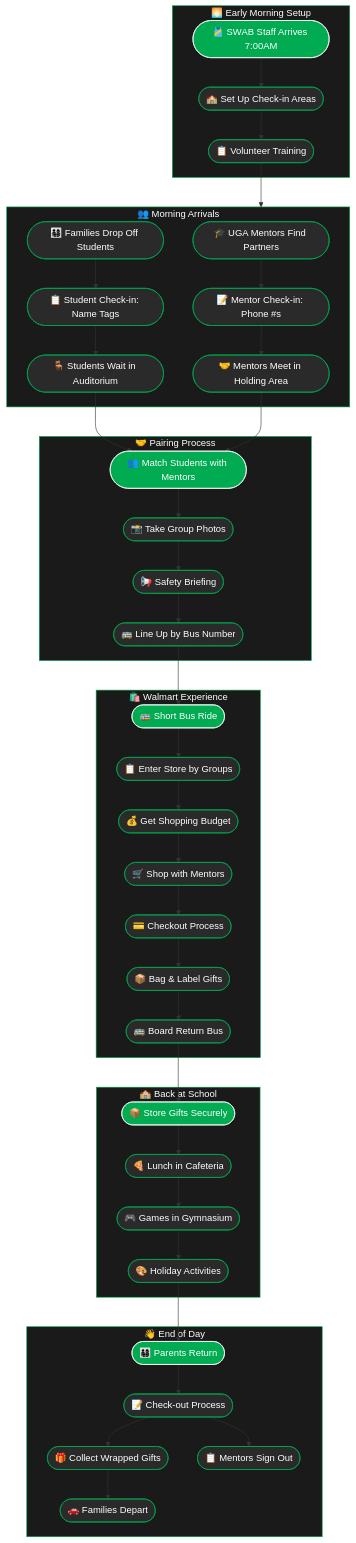
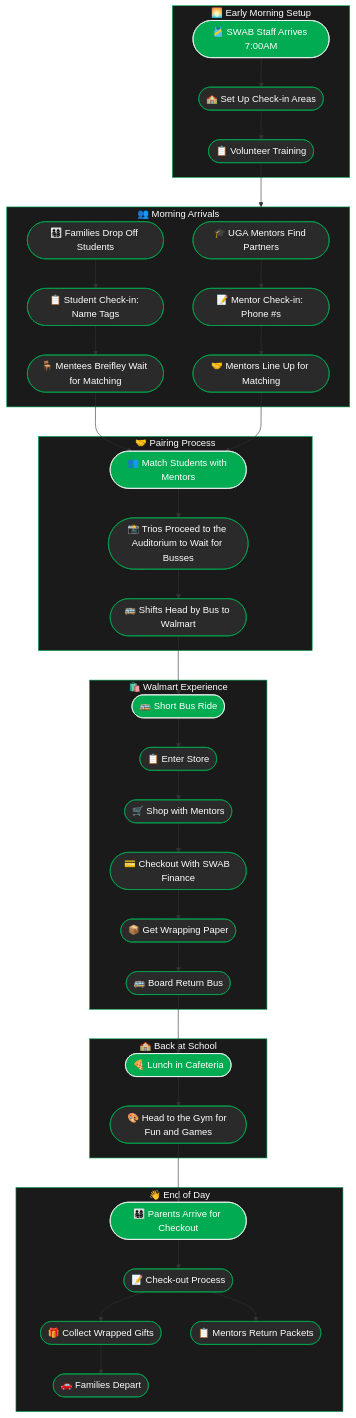
One commit to CSandler-Dev/MIST-G8-SWAB changed the diagram in content/SWAB Context/2. Chronological Event Day Flow.md. Above: the diagram before and after it, drawn with Mermaid.

Commit message:
Quartz sync: Mar 19, 2025, 4:27 PM

````diff
--- a/content/SWAB Context/2. Chronological Event Day Flow.md
+++ b/content/SWAB Context/2. Chronological Event Day Flow.md
@@ -11,78 +11,74 @@
 ```mermaid
 graph TD
     subgraph PreEvent["🌅 Early Morning Setup"]
         S1(["🎽 SWAB Staff Arrives 7:00AM"])
         S2(["🏫 Set Up Check-in Areas"])
         S3(["📋 Volunteer Training"])
         S1 --> S2 --> S3
     end
 
     subgraph Arrival["👥 Morning Arrivals"]
         A1(["🎓 UGA Mentors Find Partners"])
         A2(["👨‍👩‍👧‍👦 Families Drop Off Students"])
         A3(["📝 Mentor Check-in: Phone #s"])
         A4(["📋 Student Check-in: Name Tags"])
-        A5(["🪑 Students Wait in Auditorium"])
-        A6(["🤝 Mentors Meet in Holding Area"])
+        A5(["🪑 Mentees Breifley Wait for Matching"])
+        A6(["🤝 Mentors Line Up for Matching"])
         
         A1 --> A3
         A2 --> A4
         A3 --> A6
         A4 --> A5
     end
 
     subgraph Matching["🤝 Pairing Process"]
         M1(["👥 Match Students with Mentors"])
-        M2(["📸 Take Group Photos"])
-        M3(["📢 Safety Briefing"])
-        M4(["🚌 Line Up by Bus Number"])
+        M2(["📸 Trios Proceed to the Auditorium to Wait for Busses"])
+        M3(["🚌 Shifts Head by Bus to Walmart"])
         
-        M1 --> M2 --> M3 --> M4
+        M1 --> M2 --> M3
     end
 
     subgraph Shopping["🛍️ Walmart Experience"]
         W1(["🚌 Short Bus Ride"])
-        W2(["📋 Enter Store by Groups"])
-        W3(["💰 Get Shopping Budget"])
-        W4(["🛒 Shop with Mentors"])
-        W5(["💳 Checkout Process"])
-        W6(["📦 Bag & Label Gifts"])
-        W7(["🚌 Board Return Bus"])
+        W2(["📋 Enter Store"])
+        W3(["🛒 Shop with Mentors"])
+        W4(["💳 Checkout With SWAB Finance"])
+        W5(["📦 Get Wrapping Paper "])
+        W6(["🚌 Board Return Bus"])
         
         W1 --> W2 --> W3 --> W4
-        W4 --> W5 --> W6 --> W7
+        W4 --> W5 --> W6
     end
 
     subgraph Return["🏫 Back at School"]
-        R1(["📦 Store Gifts Securely"])
-        R2(["🍕 Lunch in Cafeteria"])
-        R3(["🎮 Games in Gymnasium"])
-        R4(["🎨 Holiday Activities"])
+        R1(["🍕 Lunch in Cafeteria"])
+        R2(["🎨 Head to the Gym for Fun and Games"])
         
-        R1 --> R2 --> R3 --> R4
+        R1 --> R2
     end
 
     subgraph Departure["👋 End of Day"]
-        D1(["👨‍👩‍👧‍👦 Parents Return"])
+        D1(["👨‍👩‍👧‍👦 Parents Arrive for Checkout"])
         D2(["📝 Check-out Process"])
         D3(["🎁 Collect Wrapped Gifts"])
         D4(["🚗 Families Depart"])
-        D5(["📋 Mentors Sign Out"])
+        D5(["📋 Mentors Return Packets"])
         
         D1 --> D2 --> D3 --> D4
         D2 --> D5
     end
 
     S3 --> Arrival
     A5 & A6 --> M1
-    M4 --> W1
-    W7 --> R1
-    R4 --> D1
+    M3 --> W1
+    W6 --> R1
+    R2 --> D1
 
     classDef default fill:#2a2a2a,stroke:#00ab51,color:white
     classDef transition fill:#00ab51,stroke:#ffffff,color:white
     classDef phase fill:#1a1a1a,stroke:#00ab51,color:white
 
     class PreEvent,Arrival,Matching,Shopping,Return,Departure phase
     class S1,M1,W1,R1,D1 transition
 ```
````
